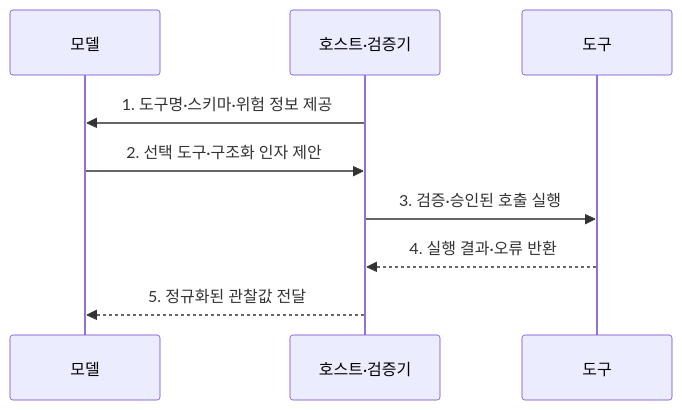
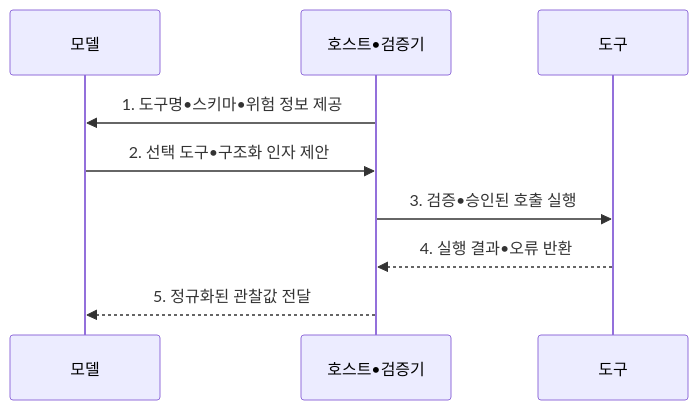
Before and after one commit to agnusdei1207/knowledge-base: the second of 2 diagrams in src/content/docs/notes/08-latest-tech/004_tool_use.md, drawn with Mermaid. The commit also changed other lines of this file and 953 other files, not shown here.

````diff
--- a/src/content/docs/notes/08-latest-tech/004_tool_use.md
+++ b/src/content/docs/notes/08-latest-tech/004_tool_use.md
@@ -97,11 +97,11 @@
 ```mermaid
 sequenceDiagram
     participant M as 모델
-    participant H as 호스트·검증기
+    participant H as 호스트•검증기
     participant T as 도구
-    H->>M: 1. 도구명·스키마·위험 정보 제공
-    M->>H: 2. 선택 도구·구조화 인자 제안
-    H->>T: 3. 검증·승인된 호출 실행
-    T-->>H: 4. 실행 결과·오류 반환
+    H->>M: 1. 도구명•스키마•위험 정보 제공
+    M->>H: 2. 선택 도구•구조화 인자 제안
+    H->>T: 3. 검증•승인된 호출 실행
+    T-->>H: 4. 실행 결과•오류 반환
     H-->>M: 5. 정규화된 관찰값 전달
 ```
````
